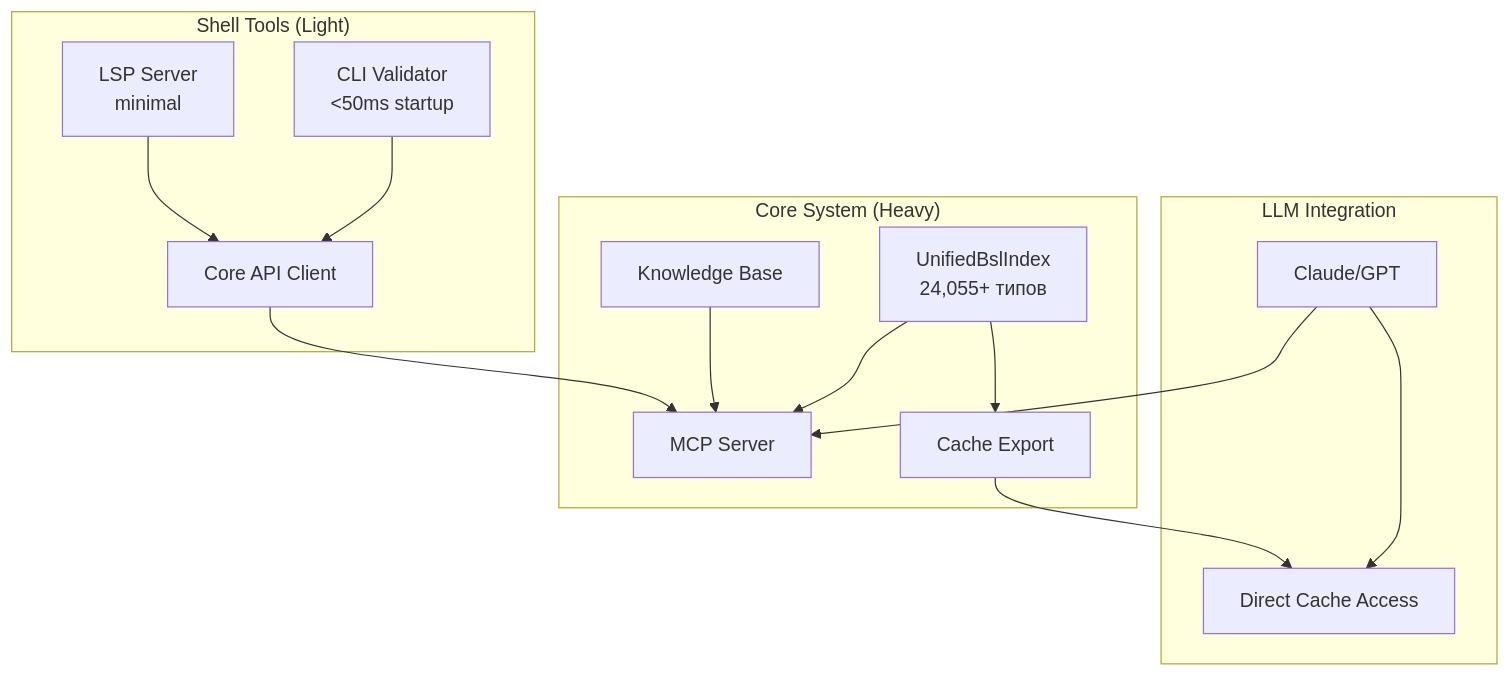
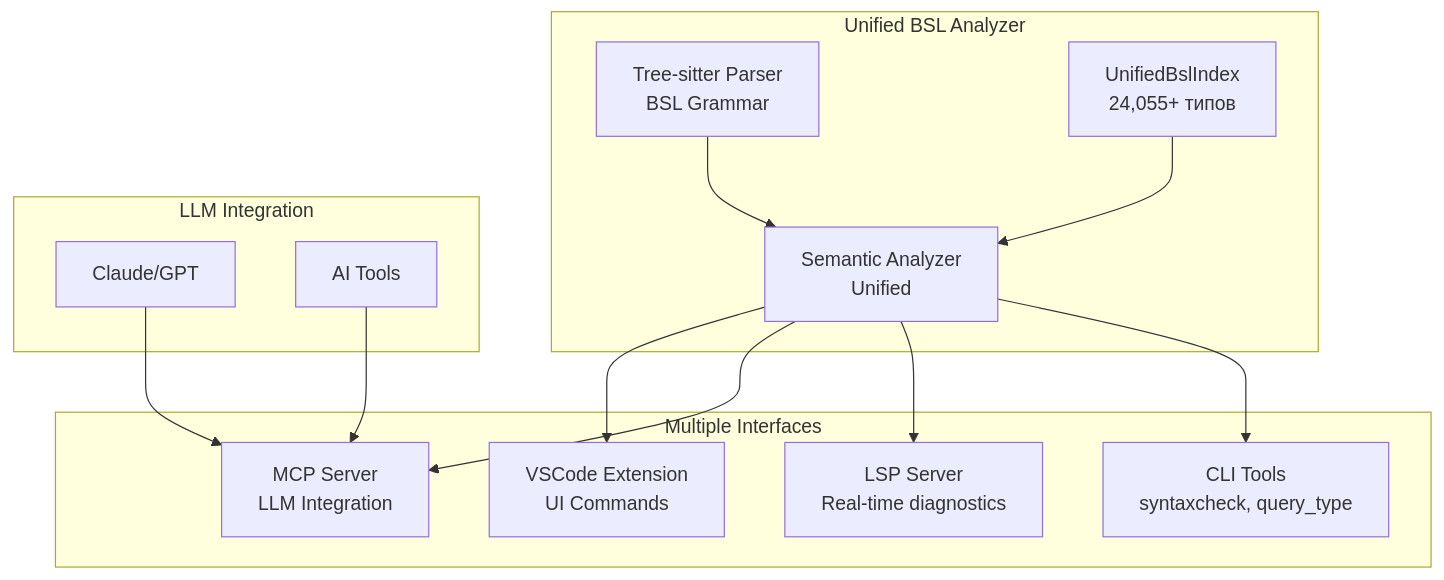
One commit to defin85/bsl_type_safety_analyzer changed the diagram in roadmap.md. Above: the diagram before and after it, drawn with Mermaid. The commit also changed other lines of this file and 13 other files, not shown here.

First line of the commit message:
feat: Implement BSL parser with tree-sitter integration

````diff
--- a/roadmap.md
+++ b/roadmap.md
@@ -9,33 +9,31 @@
 ```mermaid
 graph TB
-    subgraph "Core System (Heavy)"
+    subgraph "Unified BSL Analyzer"
+        TSP[Tree-sitter Parser<br/>BSL Grammar]
         UI[UnifiedBslIndex<br/>24,055+ типов]
-        MCP[MCP Server]
-        CE[Cache Export]
-        KB[Knowledge Base]
+        SA[Semantic Analyzer<br/>Unified]
         
-        UI --> MCP
-        UI --> CE
-        KB --> MCP
+        TSP --> SA
+        UI --> SA
     end
     
-    subgraph "Shell Tools (Light)"
-        CLI[CLI Validator<br/><50ms startup]
-        LSP[LSP Server<br/>minimal]
-        CAC[Core API Client]
+    subgraph "Multiple Interfaces"
+        CLI[CLI Tools<br/>syntaxcheck, query_type]
+        LSP[LSP Server<br/>Real-time diagnostics]
+        MCP[MCP Server<br/>LLM Integration]
+        VSC[VSCode Extension<br/>UI Commands]
         
-        CLI --> CAC
-        LSP --> CAC
+        SA --> CLI
+        SA --> LSP
+        SA --> MCP
+        SA --> VSC
     end
     
     subgraph "LLM Integration"
         Claude[Claude/GPT]
-        Direct[Direct Cache Access]
+        AI[AI Tools]
         
         Claude --> MCP
-        Claude --> Direct
+        AI --> MCP
     end
-    
-    CAC --> MCP
-    CE --> Direct
 ```
````
